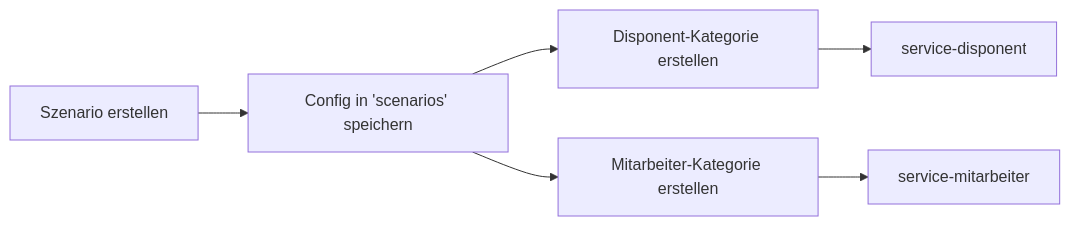
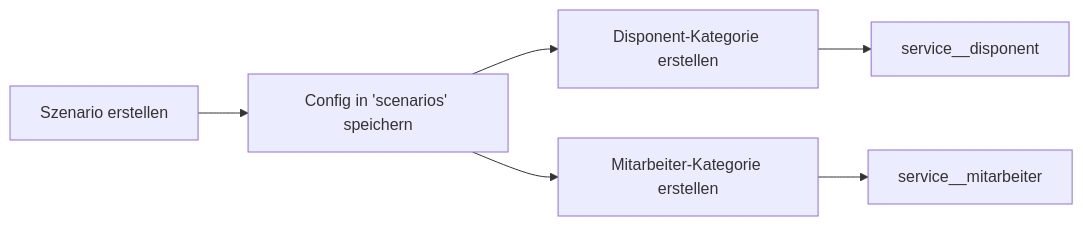
Before and after one commit to bwl21/bwl-dienstplanung: the ninth of 12 diagrams in docs/planning-scenarios.md, drawn with Mermaid. The commit also changed other lines of this file and 1 other file, not shown here.

````diff
--- a/docs/planning-scenarios.md
+++ b/docs/planning-scenarios.md
@@ -215,8 +223,8 @@
 ```mermaid
 flowchart LR
     A[Szenario erstellen] --> B[Config in 'scenarios' speichern]
     B --> C[Disponent-Kategorie erstellen]
     B --> D[Mitarbeiter-Kategorie erstellen]
-    C --> E[service-disponent]
-    D --> F[service-mitarbeiter]
+    C --> E[service__disponent]
+    D --> F[service__mitarbeiter]
 ```
````
